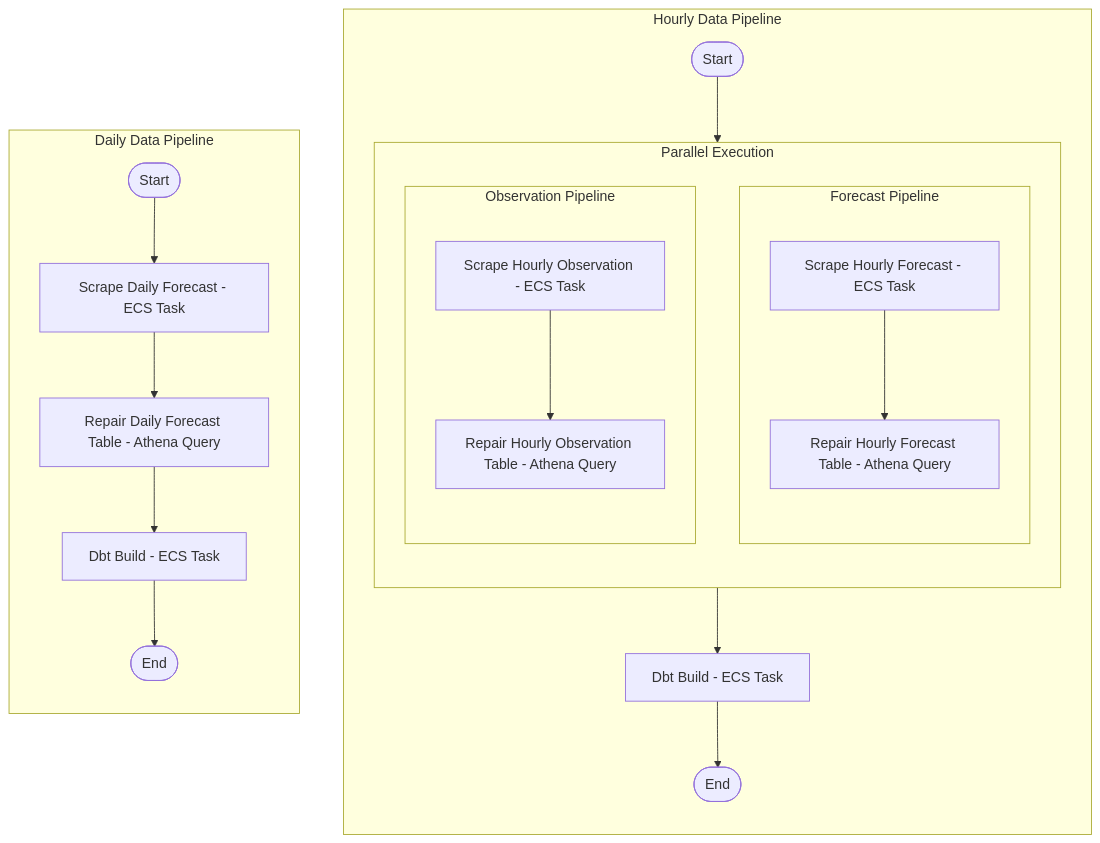
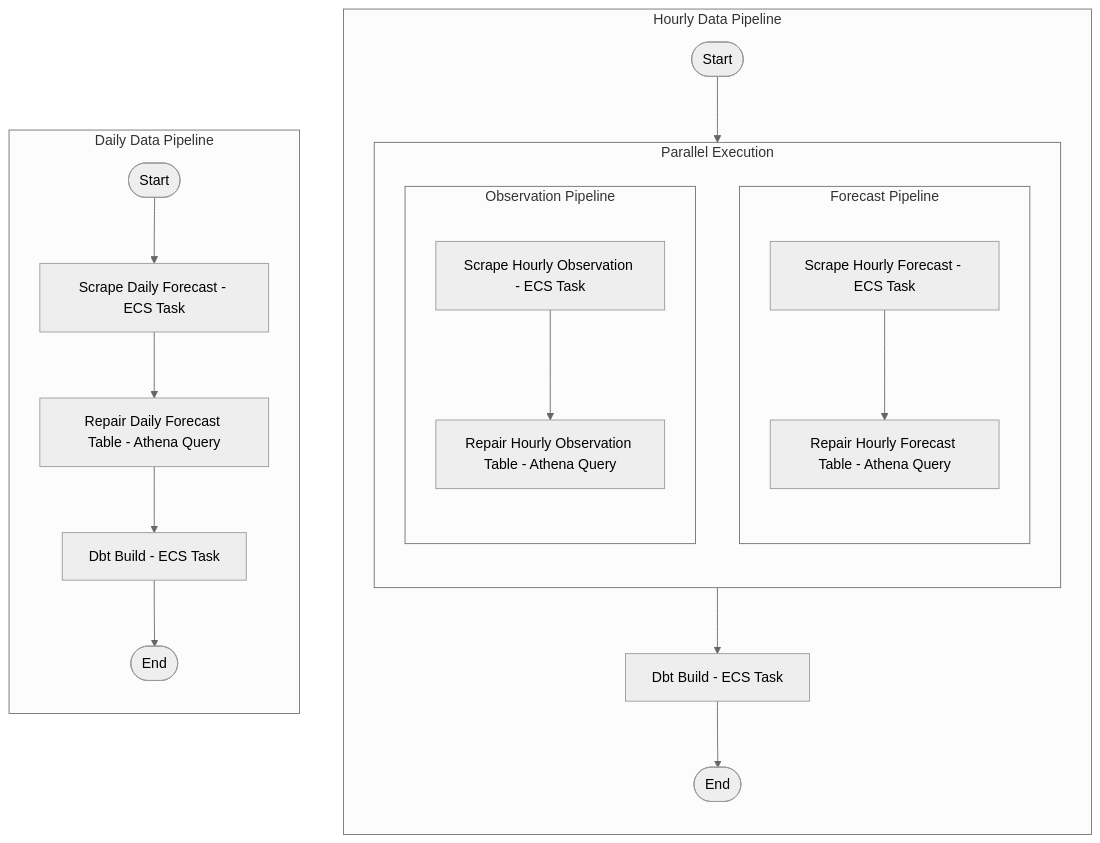
One commit to mcharrisjr/whas-weather-data-platform changed the diagram in README.md. Above: the diagram before and after it, drawn with Mermaid.

Commit message:
docs: change theme of flowchart

````diff
--- a/README.md
+++ b/README.md
@@ -22,35 +22,36 @@
 ```mermaid
+%%{init: {'theme': 'neutral'}}%%
 flowchart TD
 
     subgraph Hourly_Pipeline [Hourly Data Pipeline]
         direction TB
         
         H_Start([Start]) --> H_Parallel
         
         subgraph H_Parallel [Parallel Execution]
             direction TB
 
             subgraph Forecast_Branch [Forecast Pipeline]
                 direction TB
                 ScrapeHourlyForecast[Scrape Hourly Forecast - ECS Task] --> RepairHourlyForecastTable[Repair Hourly Forecast Table - Athena Query]
             end
 
             subgraph Observation_Branch [Observation Pipeline]
                 direction TB
                 ScrapeHourlyObservation[Scrape Hourly Observation - ECS Task] --> RepairHourlyObservationTable[Repair Hourly Observation Table - Athena Query]
             end
         end
 
         H_Parallel --> H_DbtBuild[Dbt Build - ECS Task]
         H_DbtBuild --> H_End([End])
     end
 
     subgraph Daily_Pipeline [Daily Data Pipeline]
         direction TB
         
         D_Start([Start]) --> ScrapeDailyForecast[Scrape Daily Forecast - ECS Task]
         ScrapeDailyForecast --> RepairDailyForecastTable[Repair Daily Forecast Table - Athena Query]
         RepairDailyForecastTable --> D_DbtBuild[Dbt Build - ECS Task]
         D_DbtBuild --> D_End([End])
     end
 ```
````
